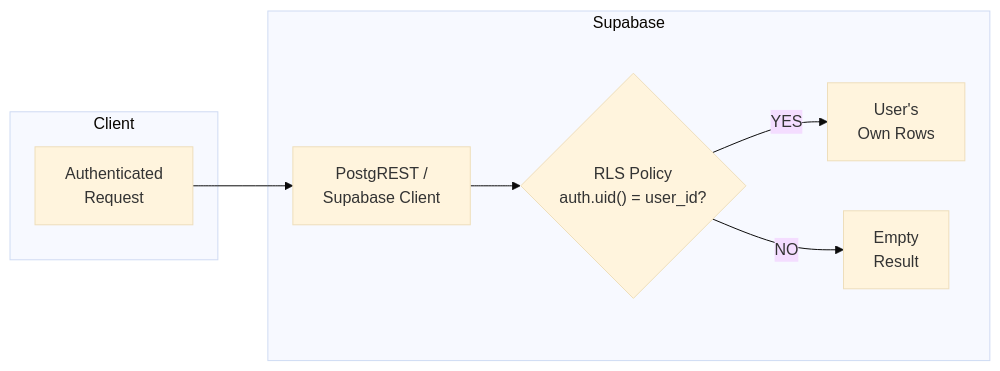
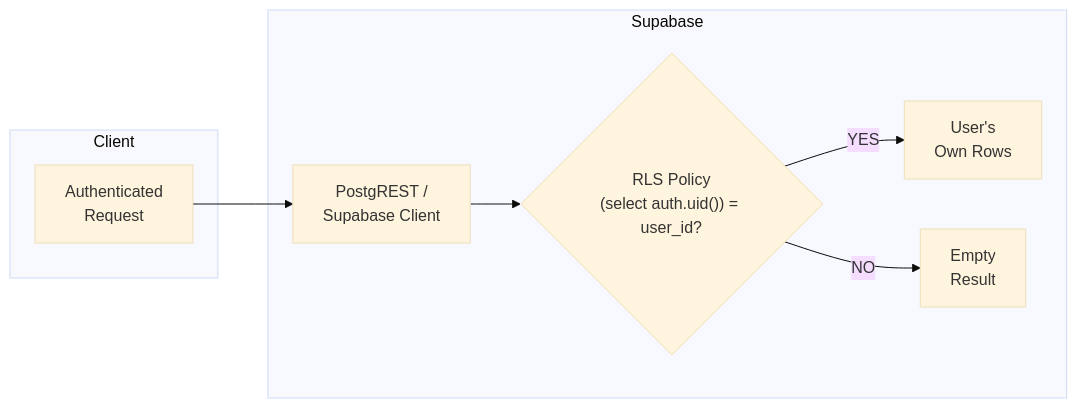
One commit to nyanham/morning-routine-productivity changed the first of 2 diagrams in docs/06-Database/02-Row-Level-Security.md. Above: the diagram before and after it, drawn with Mermaid (base theme). The commit also changed other lines of this file and 2 other files, not shown here.

First line of the commit message:
perf(db): wrap auth.uid() in subselect for RLS policies

````diff
--- a/docs/06-Database/02-Row-Level-Security.md
+++ b/docs/06-Database/02-Row-Level-Security.md
@@ -10,17 +10,17 @@
 ```mermaid
 flowchart LR
     subgraph Client
         A["Authenticated\nRequest"]
     end
 
     subgraph Supabase
         B["PostgREST /\nSupabase Client"]
-        C{"RLS Policy\nauth.uid() = user_id?"}
+        C{"RLS Policy\n(select auth.uid()) = user_id?"}
         D["User's\nOwn Rows"]
         E["Empty\nResult"]
     end
 
     A --> B --> C
     C -- YES --> D
     C -- NO --> E
 ```
````
